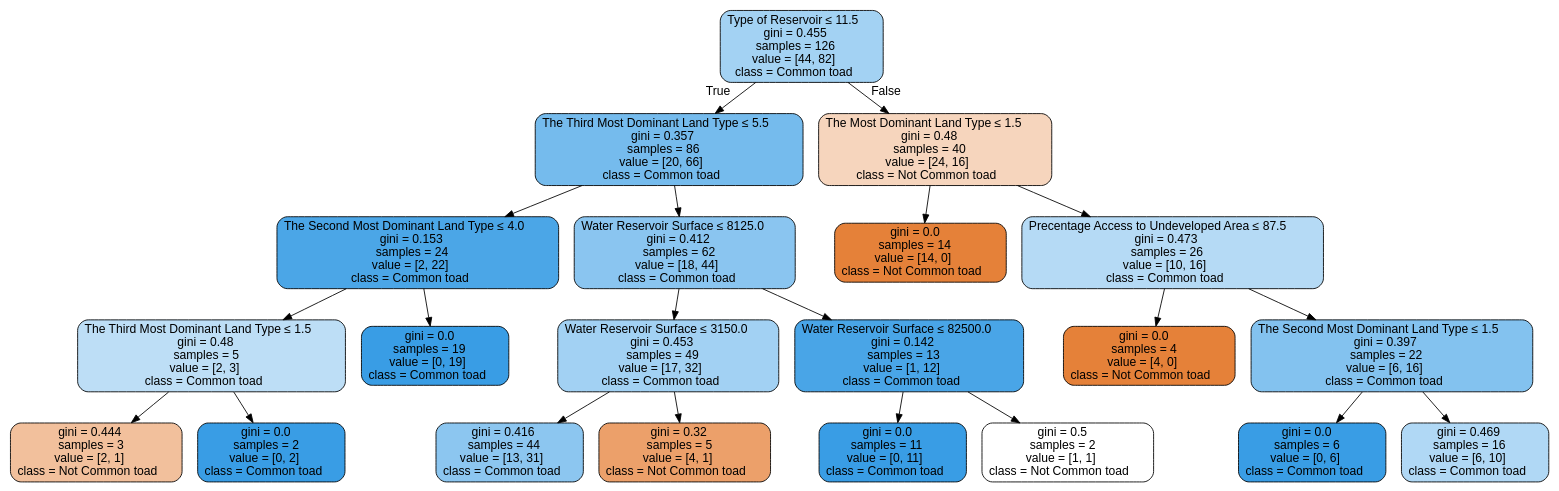
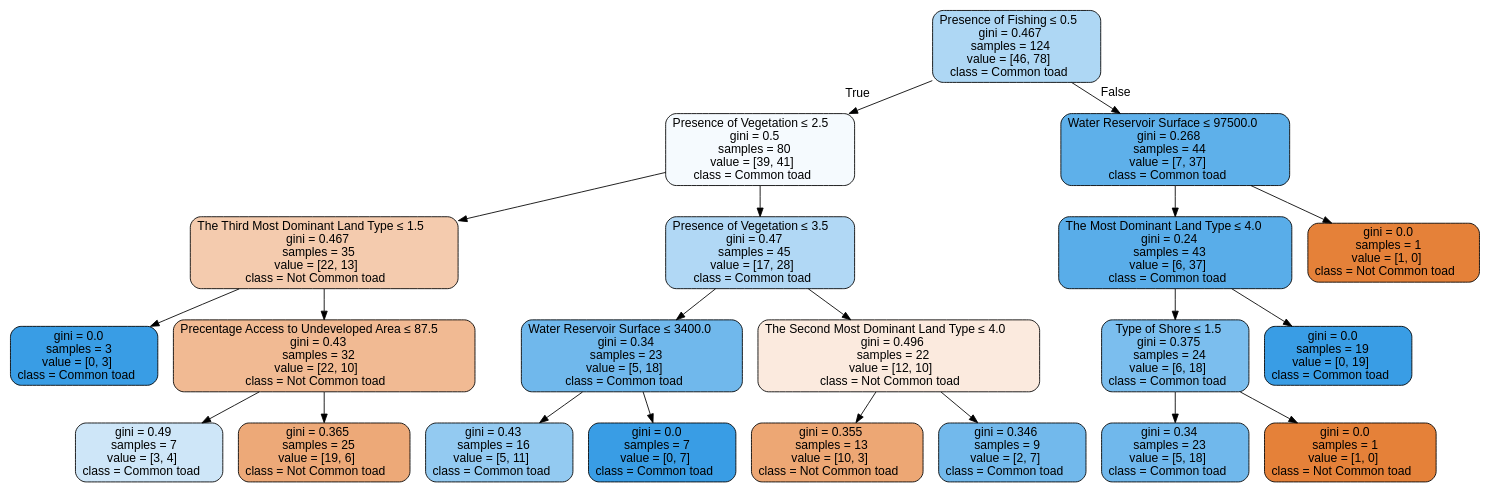
One commit to Jerry2001/Data_Mining changed the diagram in Amphibian/DataVisualization/Graphviz/ct.dot. Above: the diagram before and after it, drawn with Graphviz. The commit also changed 19 other files, not shown here.

```diff
--- a/Amphibian/DataVisualization/Graphviz/ct.dot
+++ b/Amphibian/DataVisualization/Graphviz/ct.dot
@@ -1,45 +1,45 @@
 digraph Tree {
 node [shape=box, style="filled, rounded", color="black", fontname=helvetica] ;
 edge [fontname=helvetica] ;
-0 [label=<Type of Reservoir &le; 11.5<br/>gini = 0.455<br/>samples = 126<br/>value = [44, 82]<br/>class = Common toad>, fillcolor="#a3d2f3"] ;
-1 [label=<The Third Most Dominant Land Type &le; 5.5<br/>gini = 0.357<br/>samples = 86<br/>value = [20, 66]<br/>class = Common toad>, fillcolor="#75bbed"] ;
+0 [label=<Presence of Fishing &le; 0.5<br/>gini = 0.467<br/>samples = 124<br/>value = [46, 78]<br/>class = Common toad>, fillcolor="#aed7f4"] ;
+1 [label=<Presence of Vegetation &le; 2.5<br/>gini = 0.5<br/>samples = 80<br/>value = [39, 41]<br/>class = Common toad>, fillcolor="#f5fafe"] ;
 0 -> 1 [labeldistance=2.5, labelangle=45, headlabel="True"] ;
-2 [label=<The Second Most Dominant Land Type &le; 4.0<br/>gini = 0.153<br/>samples = 24<br/>value = [2, 22]<br/>class = Common toad>, fillcolor="#4ba6e7"] ;
+2 [label=<The Third Most Dominant Land Type &le; 1.5<br/>gini = 0.467<br/>samples = 35<br/>value = [22, 13]<br/>class = Not Common toad>, fillcolor="#f4cbae"] ;
 1 -> 2 ;
-3 [label=<The Third Most Dominant Land Type &le; 1.5<br/>gini = 0.48<br/>samples = 5<br/>value = [2, 3]<br/>class = Common toad>, fillcolor="#bddef6"] ;
+3 [label=<gini = 0.0<br/>samples = 3<br/>value = [0, 3]<br/>class = Common toad>, fillcolor="#399de5"] ;
 2 -> 3 ;
-4 [label=<gini = 0.444<br/>samples = 3<br/>value = [2, 1]<br/>class = Not Common toad>, fillcolor="#f2c09c"] ;
-3 -> 4 ;
-5 [label=<gini = 0.0<br/>samples = 2<br/>value = [0, 2]<br/>class = Common toad>, fillcolor="#399de5"] ;
-3 -> 5 ;
-6 [label=<gini = 0.0<br/>samples = 19<br/>value = [0, 19]<br/>class = Common toad>, fillcolor="#399de5"] ;
-2 -> 6 ;
-7 [label=<Water Reservoir Surface &le; 8125.0<br/>gini = 0.412<br/>samples = 62<br/>value = [18, 44]<br/>class = Common toad>, fillcolor="#8ac5f0"] ;
+4 [label=<Precentage Access to Undeveloped Area &le; 87.5<br/>gini = 0.43<br/>samples = 32<br/>value = [22, 10]<br/>class = Not Common toad>, fillcolor="#f1ba93"] ;
+2 -> 4 ;
+5 [label=<gini = 0.49<br/>samples = 7<br/>value = [3, 4]<br/>class = Common toad>, fillcolor="#cee6f8"] ;
+4 -> 5 ;
+6 [label=<gini = 0.365<br/>samples = 25<br/>value = [19, 6]<br/>class = Not Common toad>, fillcolor="#eda978"] ;
+4 -> 6 ;
+7 [label=<Presence of Vegetation &le; 3.5<br/>gini = 0.47<br/>samples = 45<br/>value = [17, 28]<br/>class = Common toad>, fillcolor="#b1d8f5"] ;
 1 -> 7 ;
-8 [label=<Water Reservoir Surface &le; 3150.0<br/>gini = 0.453<br/>samples = 49<br/>value = [17, 32]<br/>class = Common toad>, fillcolor="#a2d1f3"] ;
+8 [label=<Water Reservoir Surface &le; 3400.0<br/>gini = 0.34<br/>samples = 23<br/>value = [5, 18]<br/>class = Common toad>, fillcolor="#70b8ec"] ;
 7 -> 8 ;
-9 [label=<gini = 0.416<br/>samples = 44<br/>value = [13, 31]<br/>class = Common toad>, fillcolor="#8cc6f0"] ;
+9 [label=<gini = 0.43<br/>samples = 16<br/>value = [5, 11]<br/>class = Common toad>, fillcolor="#93caf1"] ;
 8 -> 9 ;
-10 [label=<gini = 0.32<br/>samples = 5<br/>value = [4, 1]<br/>class = Not Common toad>, fillcolor="#eca06a"] ;
+10 [label=<gini = 0.0<br/>samples = 7<br/>value = [0, 7]<br/>class = Common toad>, fillcolor="#399de5"] ;
 8 -> 10 ;
-11 [label=<Water Reservoir Surface &le; 82500.0<br/>gini = 0.142<br/>samples = 13<br/>value = [1, 12]<br/>class = Common toad>, fillcolor="#49a5e7"] ;
+11 [label=<The Second Most Dominant Land Type &le; 4.0<br/>gini = 0.496<br/>samples = 22<br/>value = [12, 10]<br/>class = Not Common toad>, fillcolor="#fbeade"] ;
 7 -> 11 ;
-12 [label=<gini = 0.0<br/>samples = 11<br/>value = [0, 11]<br/>class = Common toad>, fillcolor="#399de5"] ;
+12 [label=<gini = 0.355<br/>samples = 13<br/>value = [10, 3]<br/>class = Not Common toad>, fillcolor="#eda774"] ;
 11 -> 12 ;
-13 [label=<gini = 0.5<br/>samples = 2<br/>value = [1, 1]<br/>class = Not Common toad>, fillcolor="#ffffff"] ;
+13 [label=<gini = 0.346<br/>samples = 9<br/>value = [2, 7]<br/>class = Common toad>, fillcolor="#72b9ec"] ;
 11 -> 13 ;
-14 [label=<The Most Dominant Land Type &le; 1.5<br/>gini = 0.48<br/>samples = 40<br/>value = [24, 16]<br/>class = Not Common toad>, fillcolor="#f6d5bd"] ;
+14 [label=<Water Reservoir Surface &le; 97500.0<br/>gini = 0.268<br/>samples = 44<br/>value = [7, 37]<br/>class = Common toad>, fillcolor="#5eb0ea"] ;
 0 -> 14 [labeldistance=2.5, labelangle=-45, headlabel="False"] ;
-15 [label=<gini = 0.0<br/>samples = 14<br/>value = [14, 0]<br/>class = Not Common toad>, fillcolor="#e58139"] ;
+15 [label=<The Most Dominant Land Type &le; 4.0<br/>gini = 0.24<br/>samples = 43<br/>value = [6, 37]<br/>class = Common toad>, fillcolor="#59ade9"] ;
 14 -> 15 ;
-16 [label=<Precentage Access to Undeveloped Area &le; 87.5<br/>gini = 0.473<br/>samples = 26<br/>value = [10, 16]<br/>class = Common toad>, fillcolor="#b5daf5"] ;
-14 -> 16 ;
-17 [label=<gini = 0.0<br/>samples = 4<br/>value = [4, 0]<br/>class = Not Common toad>, fillcolor="#e58139"] ;
+16 [label=<Type of Shore &le; 1.5<br/>gini = 0.375<br/>samples = 24<br/>value = [6, 18]<br/>class = Common toad>, fillcolor="#7bbeee"] ;
+15 -> 16 ;
+17 [label=<gini = 0.34<br/>samples = 23<br/>value = [5, 18]<br/>class = Common toad>, fillcolor="#70b8ec"] ;
 16 -> 17 ;
-18 [label=<The Second Most Dominant Land Type &le; 1.5<br/>gini = 0.397<br/>samples = 22<br/>value = [6, 16]<br/>class = Common toad>, fillcolor="#83c2ef"] ;
+18 [label=<gini = 0.0<br/>samples = 1<br/>value = [1, 0]<br/>class = Not Common toad>, fillcolor="#e58139"] ;
 16 -> 18 ;
-19 [label=<gini = 0.0<br/>samples = 6<br/>value = [0, 6]<br/>class = Common toad>, fillcolor="#399de5"] ;
-18 -> 19 ;
-20 [label=<gini = 0.469<br/>samples = 16<br/>value = [6, 10]<br/>class = Common toad>, fillcolor="#b0d8f5"] ;
-18 -> 20 ;
+19 [label=<gini = 0.0<br/>samples = 19<br/>value = [0, 19]<br/>class = Common toad>, fillcolor="#399de5"] ;
+15 -> 19 ;
+20 [label=<gini = 0.0<br/>samples = 1<br/>value = [1, 0]<br/>class = Not Common toad>, fillcolor="#e58139"] ;
+14 -> 20 ;
 }
```
